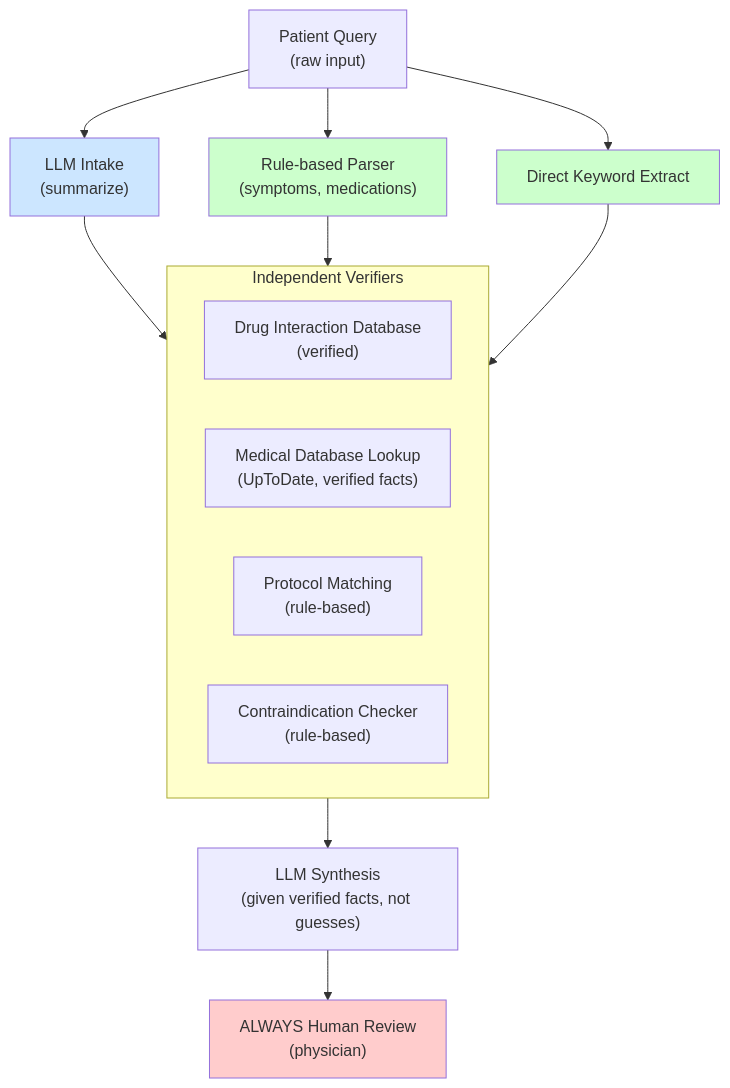
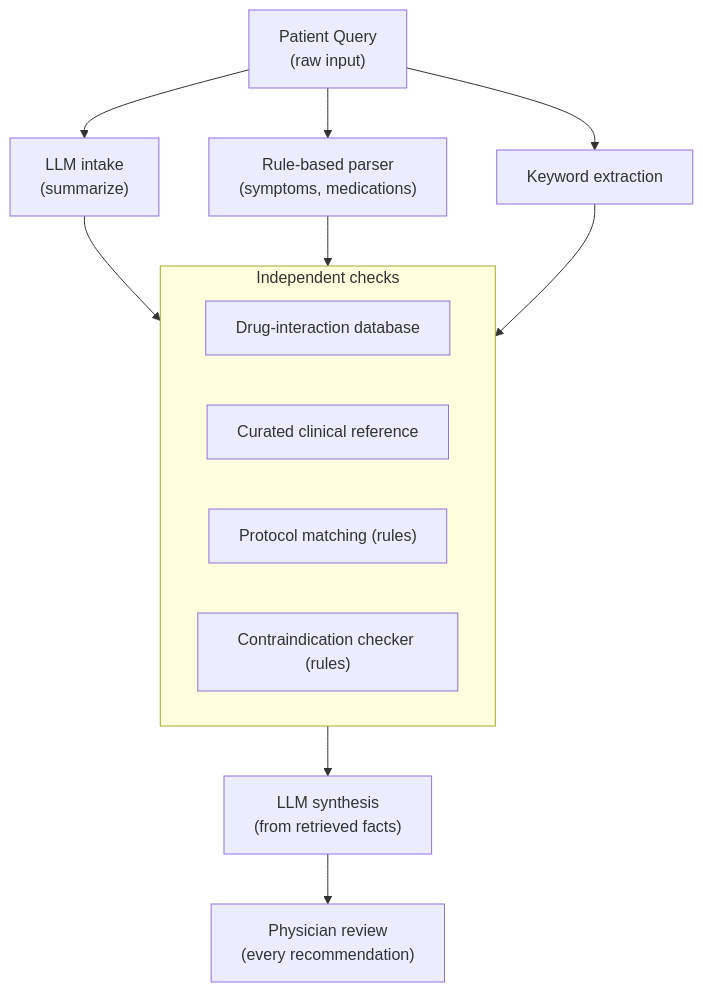
Before and after one commit to quantified-uncertainty/cairn: the fifth of 9 diagrams in apps/delegation-risk/src/content/docs/entanglements/case-studies/examples.md, drawn with Mermaid. The commit also changed other lines of this file and 253 other files, not shown here.

````diff
--- a/apps/delegation-risk/src/content/docs/entanglements/case-studies/examples.md
+++ b/apps/delegation-risk/src/content/docs/entanglements/case-studies/examples.md
@@ -216,27 +179,21 @@
 ```mermaid
 flowchart TB
     PQ["Patient Query<br/>(raw input)"]
-    PQ --> LI["LLM Intake<br/>(summarize)"]
-    PQ --> RP["Rule-based Parser<br/>(symptoms, medications)"]
-    PQ --> KE["Direct Keyword Extract"]
+    PQ --> LI["LLM intake<br/>(summarize)"]
+    PQ --> RP["Rule-based parser<br/>(symptoms, medications)"]
+    PQ --> KE["Keyword extraction"]
 
-    subgraph IV["Independent Verifiers"]
-        DI["Drug Interaction Database<br/>(verified)"]
-        MD["Medical Database Lookup<br/>(UpToDate, verified facts)"]
-        PM["Protocol Matching<br/>(rule-based)"]
-        CC["Contraindication Checker<br/>(rule-based)"]
+    subgraph IV["Independent checks"]
+        DI["Drug-interaction database"]
+        MD["Curated clinical reference"]
+        PM["Protocol matching (rules)"]
+        CC["Contraindication checker (rules)"]
     end
 
     LI --> IV
     RP --> IV
     KE --> IV
 
-    IV --> SY["LLM Synthesis<br/>(given verified facts, not guesses)"]
-    SY --> HR["ALWAYS Human Review<br/>(physician)"]
-
-    style LI fill:#cce6ff
-    style RP fill:#ccffcc
-    style KE fill:#ccffcc
-    style IV fill:#ffffcc
-    style HR fill:#ffcccc
+    IV --> SY["LLM synthesis<br/>(from retrieved facts)"]
+    SY --> HR["Physician review<br/>(every recommendation)"]
 ```
````
